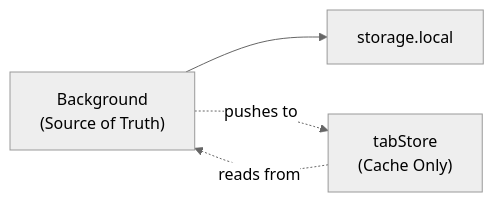
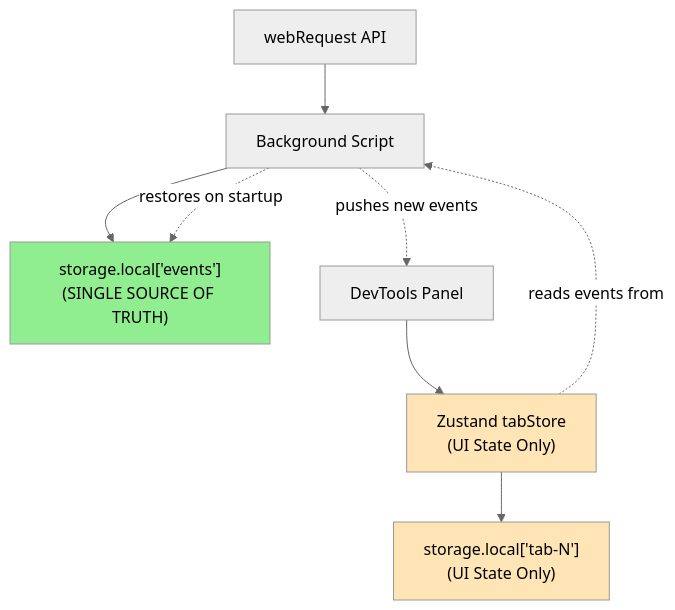
The second of 2 diagrams in .cursor/plans/architecture_improvements_9a313c1e.plan.md (agch-dev/analytics-x-ray), drawn with Mermaid (neutral theme) before and after one commit. The commit also changed other lines of this file and 6 other files, not shown here.

Commit message:
Implement ErrorBoundary and ErrorState components to enhance error handling in the DevTools panel. Wrap Panel and EventList components with ErrorBoundary to provide fallback UIs for error scenarios. Update architecture plan to reflect completed tasks related to error handling improvements.

````diff
--- a/.cursor/plans/architecture_improvements_9a313c1e.plan.md
+++ b/.cursor/plans/architecture_improvements_9a313c1e.plan.md
@@ -66,6 +71,17 @@
 ```mermaid
-flowchart LR
-    Background["Background<br/>(Source of Truth)"] --> Storage["storage.local"]
-    Panel["tabStore<br/>(Cache Only)"] -.->|"reads from"| Background
-    Background -.->|"pushes to"| Panel
+flowchart TB
+    WebRequest[webRequest API] --> Background[Background Script]
+    
+    Background --> Storage["storage.local['events']<br/>(SINGLE SOURCE OF TRUTH)"]
+    Background -.->|"restores on startup"| Storage
+    
+    Panel[DevTools Panel] --> TabStore["Zustand tabStore<br/>(UI State Only)"]
+    TabStore -.->|"reads events from"| Background
+    Background -.->|"pushes new events"| Panel
+    
+    TabStore --> UIStorage["storage.local['tab-N']<br/>(UI State Only)"]
+    
+    style Storage fill:#90EE90
+    style TabStore fill:#FFE4B5
+    style UIStorage fill:#FFE4B5
 ```
````
